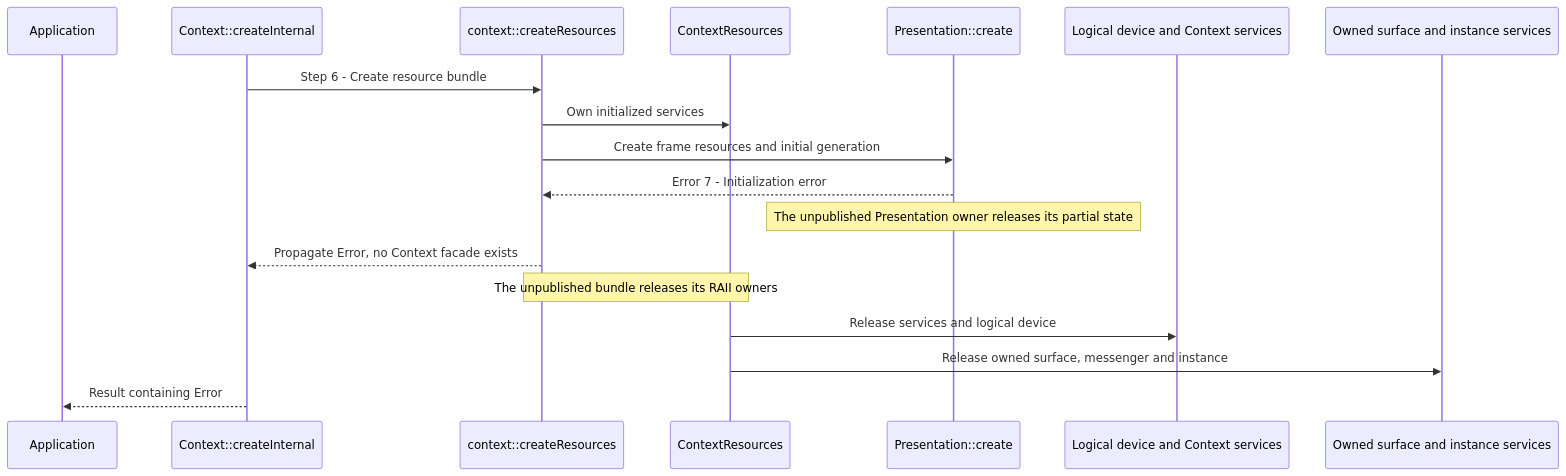
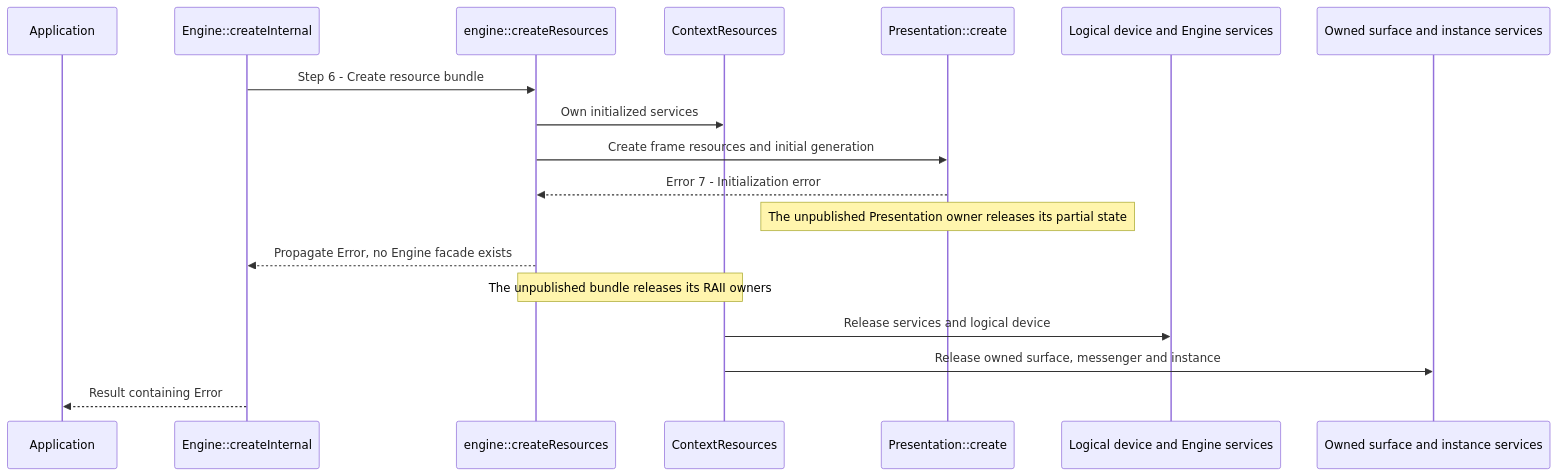
One commit to a-soltysik/Panda changed the third of 3 diagrams in docs/use-cases/create-context.md. Above: the diagram before and after it, drawn with Mermaid. The commit also changed other lines of this file and 158 other files, not shown here.

Commit message:
Refactor Vulkan Context API to Engine (#120)

````diff
--- a/docs/use-cases/create-context.md
+++ b/docs/use-cases/create-context.md
@@ -214,20 +214,20 @@
 ```mermaid
 sequenceDiagram
     participant A as Application
-    participant C as Context::createInternal
-    participant F as context::createResources
+    participant C as Engine::createInternal
+    participant F as engine::createResources
     participant R as ContextResources
     participant P as Presentation::create
-    participant D as Logical device and Context services
+    participant D as Logical device and Engine services
     participant S as Owned surface and instance services
     C->>F: Step 6 - Create resource bundle
     F->>R: Own initialized services
     F->>P: Create frame resources and initial generation
     P-->>F: Error 7 - Initialization error
     Note over P: The unpublished Presentation owner releases its partial state
-    F-->>C: Propagate Error, no Context facade exists
+    F-->>C: Propagate Error, no Engine facade exists
     Note over F,R: The unpublished bundle releases its RAII owners
     R->>D: Release services and logical device
     R->>S: Release owned surface, messenger and instance
     C-->>A: Result containing Error
 ```
````
